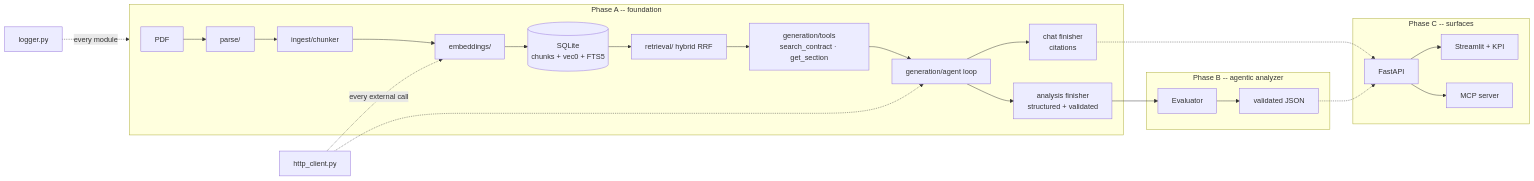
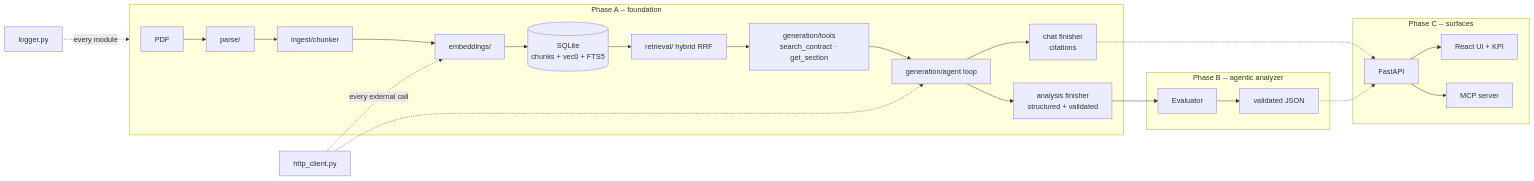
The diagram in docs/architecture.md (AmirrezaSLH/contract_analyzer), drawn with Mermaid before and after one commit. The commit also changed other lines of this file and 31 other files, not shown here.

First line of the commit message:
Remove the Streamlit front end so the React app is the only UI.

````diff
--- a/docs/architecture.md
+++ b/docs/architecture.md
@@ -19,26 +19,26 @@
 ```mermaid
 flowchart LR
     subgraph Foundation["Phase A -- foundation"]
         PDF[PDF] --> P[parse/]
         P --> C[ingest/chunker]
         C --> E[embeddings/]
         E --> DB[(SQLite<br/>chunks + vec0 + FTS5)]
         DB --> R[retrieval/ hybrid RRF]
         R --> T[generation/tools<br/>search_contract · get_section]
         T --> A[generation/agent loop]
         A --> CH[chat finisher<br/>citations]
         A --> AN[analysis finisher<br/>structured + validated]
     end
     subgraph Analysis["Phase B -- agentic analyzer"]
         AN --> Evaluator --> JSON[validated JSON]
     end
     subgraph Later["Phase C -- surfaces"]
-        API[FastAPI] --> UI[Streamlit + KPI]
+        API[FastAPI] --> UI[React UI + KPI]
         API --> MCP[MCP server]
     end
     CH -.-> API
     JSON -.-> API
     L[logger.py] -.->|every module| Foundation
     H[http_client.py] -.->|every external call| E
     H -.-> A
 ```
````
